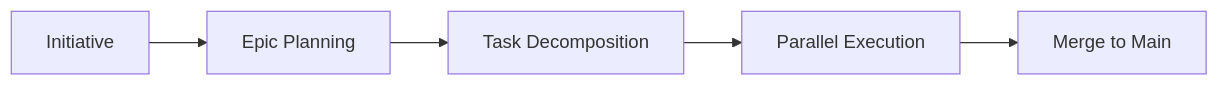
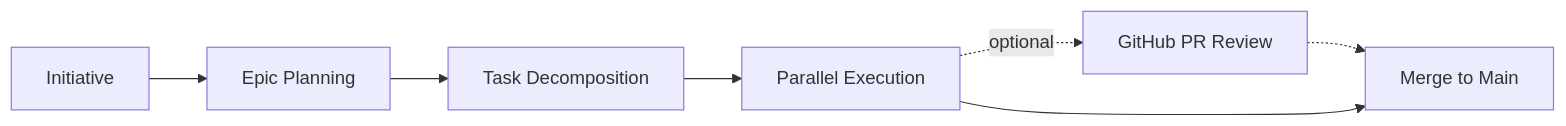
Before and after one commit to rknuus/tccpm: the diagram in README.md, drawn with Mermaid. The commit also changed other lines of this file and 27 other files, not shown here.

````diff
--- a/README.md
+++ b/README.md
@@ -43,7 +46,9 @@
 ```mermaid
 graph LR
     A[Initiative] --> B[Epic Planning]
     B --> C[Task Decomposition]
     C --> D[Parallel Execution]
-    D --> E[Merge to Main]
+    D -.optional.-> E[GitHub PR Review]
+    E -.-> F[Merge to Main]
+    D --> F
 ```
````
